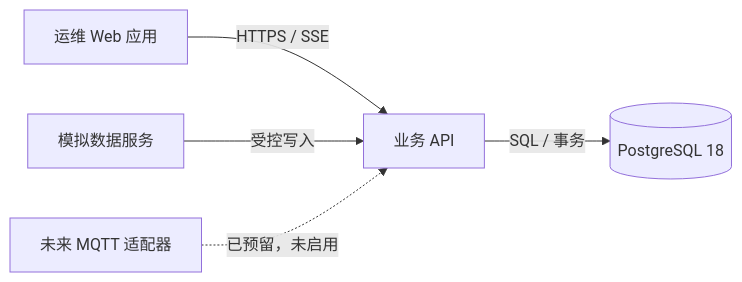
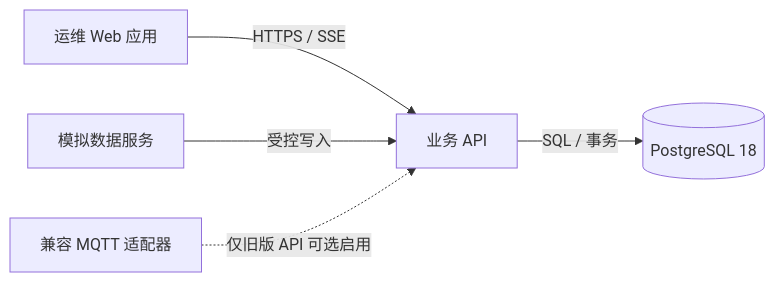
Before and after one commit to x1ng-chen/utility-tunnel-digital-twin: the diagram in docs/软件企业级架构与数据设计.md, drawn with Mermaid. The commit also changed other lines of this file and 5 other files, not shown here.

````diff
--- a/docs/软件企业级架构与数据设计.md
+++ b/docs/软件企业级架构与数据设计.md
@@ -9,7 +9,7 @@
 ```mermaid
 flowchart LR
     Web[运维 Web 应用] -->|HTTPS / SSE| API[业务 API]
     API -->|SQL / 事务| DB[(PostgreSQL 18)]
     Simulator[模拟数据服务] -->|受控写入| API
-    Adapter[未来 MQTT 适配器] -. 已预留，未启用 .-> API
+    Adapter[兼容 MQTT 适配器] -. 仅旧版 API 可选启用 .-> API
 ```
````
